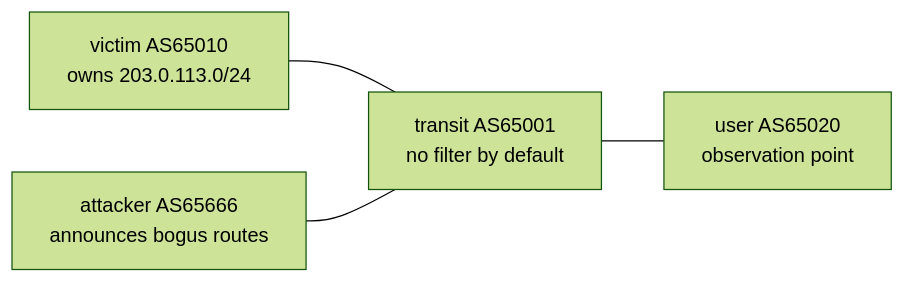
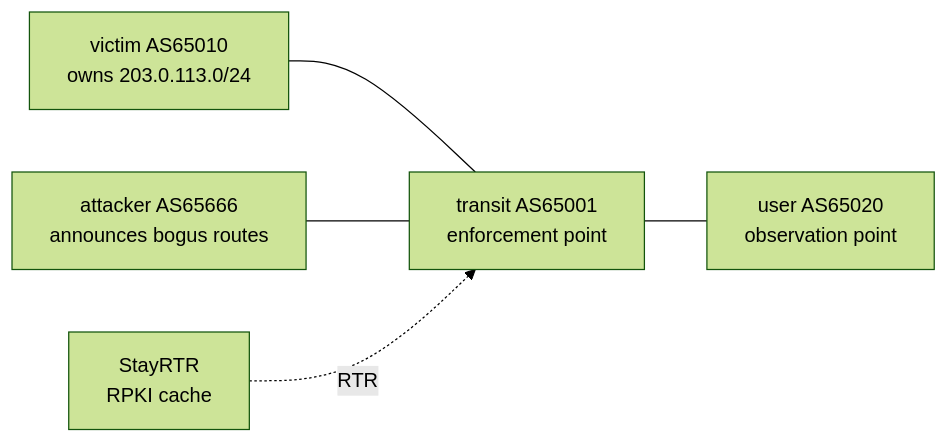
The diagram in README.md (ridhofri/bgp-hijack-detection-lab), drawn with Mermaid (forest theme) before and after one commit. The commit also changed other lines of this file, not shown here.

Commit message:
docs: full README — attack, defense, RPKI limits, detection (E2-E6)

````diff
--- a/README.md
+++ b/README.md
@@ -13,6 +17,7 @@
 ```mermaid
 graph LR
-    victim["victim AS65010<br>owns 203.0.113.0/24"] --- transit["transit AS65001<br>no filter by default"]
+    victim["victim AS65010<br>owns 203.0.113.0/24"] --- transit["transit AS65001<br>enforcement point"]
     attacker["attacker AS65666<br>announces bogus routes"] --- transit
     transit --- user["user AS65020<br>observation point"]
+    rtr["StayRTR<br>RPKI cache"] -. RTR .-> transit
 ```
````
